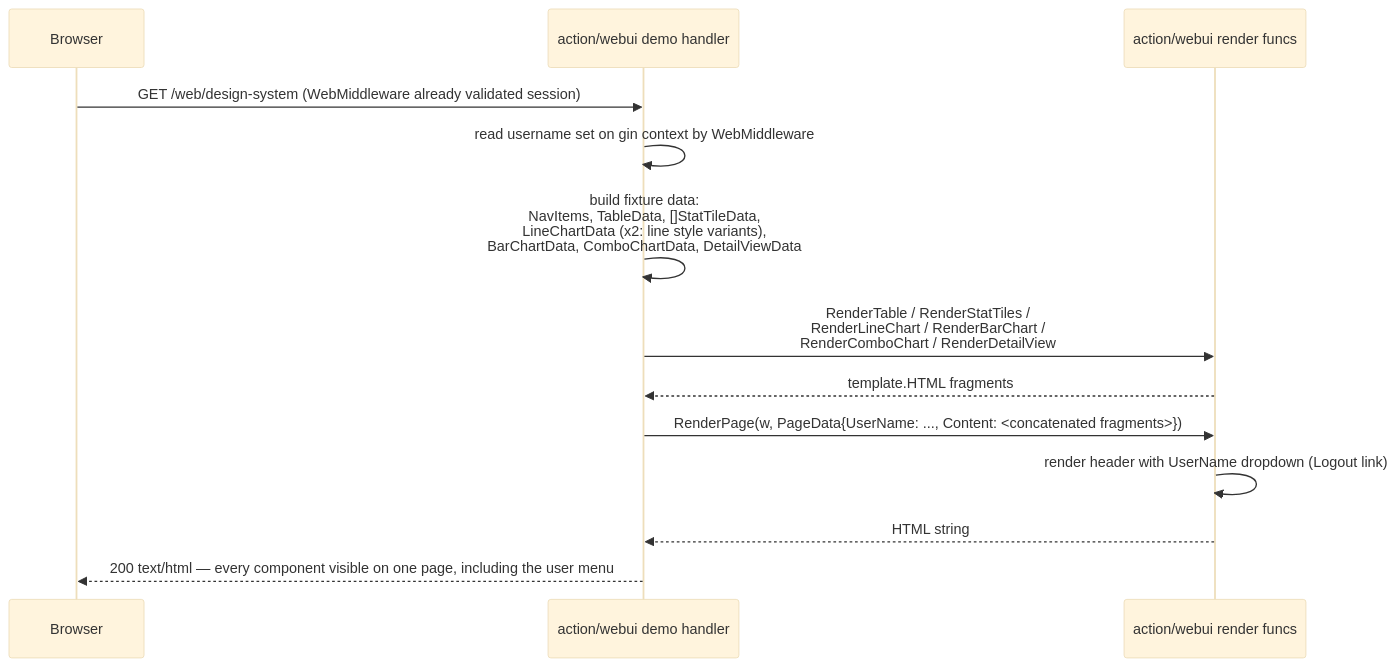
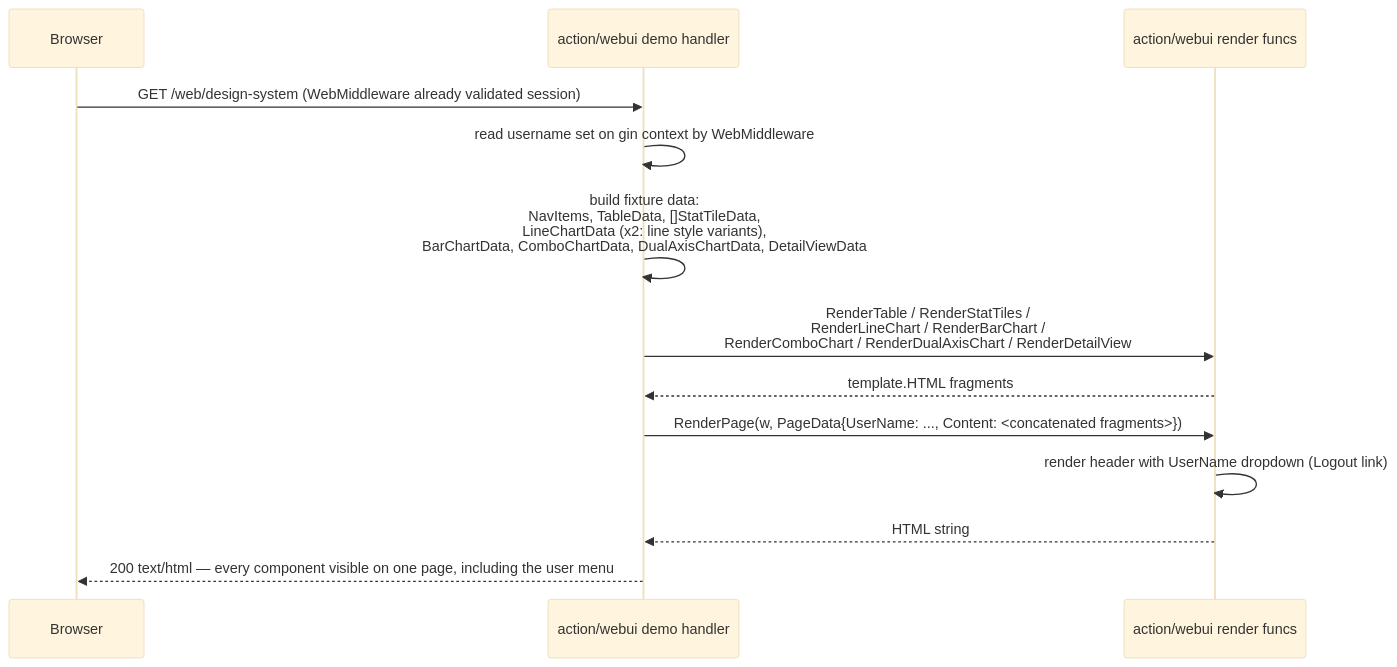
One commit to rusinikita/personal changed the second of 4 diagrams in docs/functions/webui-spec.md. Above: the diagram before and after it, drawn with Mermaid (base theme). The commit also changed other lines of this file and 9 other files, not shown here.

First line of the commit message:
feat(workout): show weight and reps on one dual-axis chart on the exercise page

````diff
--- a/docs/functions/webui-spec.md
+++ b/docs/functions/webui-spec.md
@@ -111,16 +114,16 @@
 ```mermaid
 sequenceDiagram
     participant Browser
     participant Demo as action/webui demo handler
     participant Webui as action/webui render funcs
 
     Browser->>Demo: GET /web/design-system (WebMiddleware already validated session)
     Demo->>Demo: read username set on gin context by WebMiddleware
-    Demo->>Demo: build fixture data:<br/>NavItems, TableData, []StatTileData,<br/>LineChartData (x2: line style variants),<br/>BarChartData, ComboChartData, DetailViewData
-    Demo->>Webui: RenderTable / RenderStatTiles /<br/>RenderLineChart / RenderBarChart /<br/>RenderComboChart / RenderDetailView
+    Demo->>Demo: build fixture data:<br/>NavItems, TableData, []StatTileData,<br/>LineChartData (x2: line style variants),<br/>BarChartData, ComboChartData, DualAxisChartData, DetailViewData
+    Demo->>Webui: RenderTable / RenderStatTiles /<br/>RenderLineChart / RenderBarChart /<br/>RenderComboChart / RenderDualAxisChart / RenderDetailView
     Webui-->>Demo: template.HTML fragments
     Demo->>Webui: RenderPage(w, PageData{UserName: ..., Content: <concatenated fragments>})
     Webui->>Webui: render header with UserName dropdown (Logout link)
     Webui-->>Demo: HTML string
     Demo-->>Browser: 200 text/html — every component visible on one page, including the user menu
 ```
````
